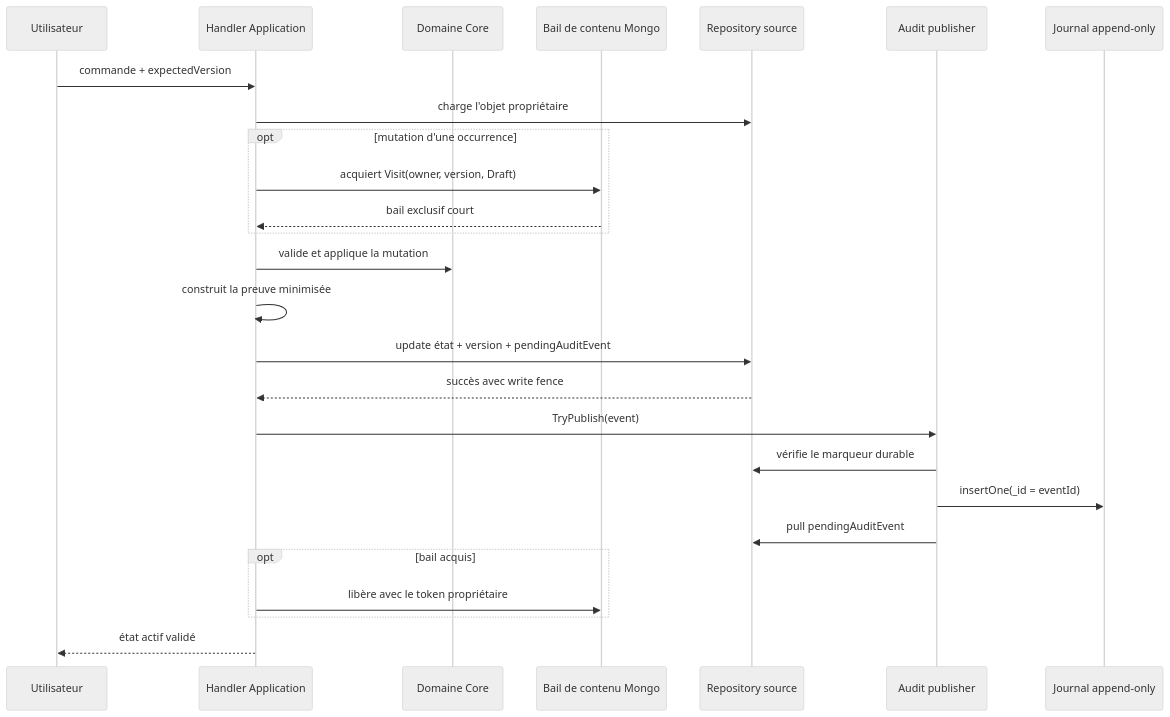
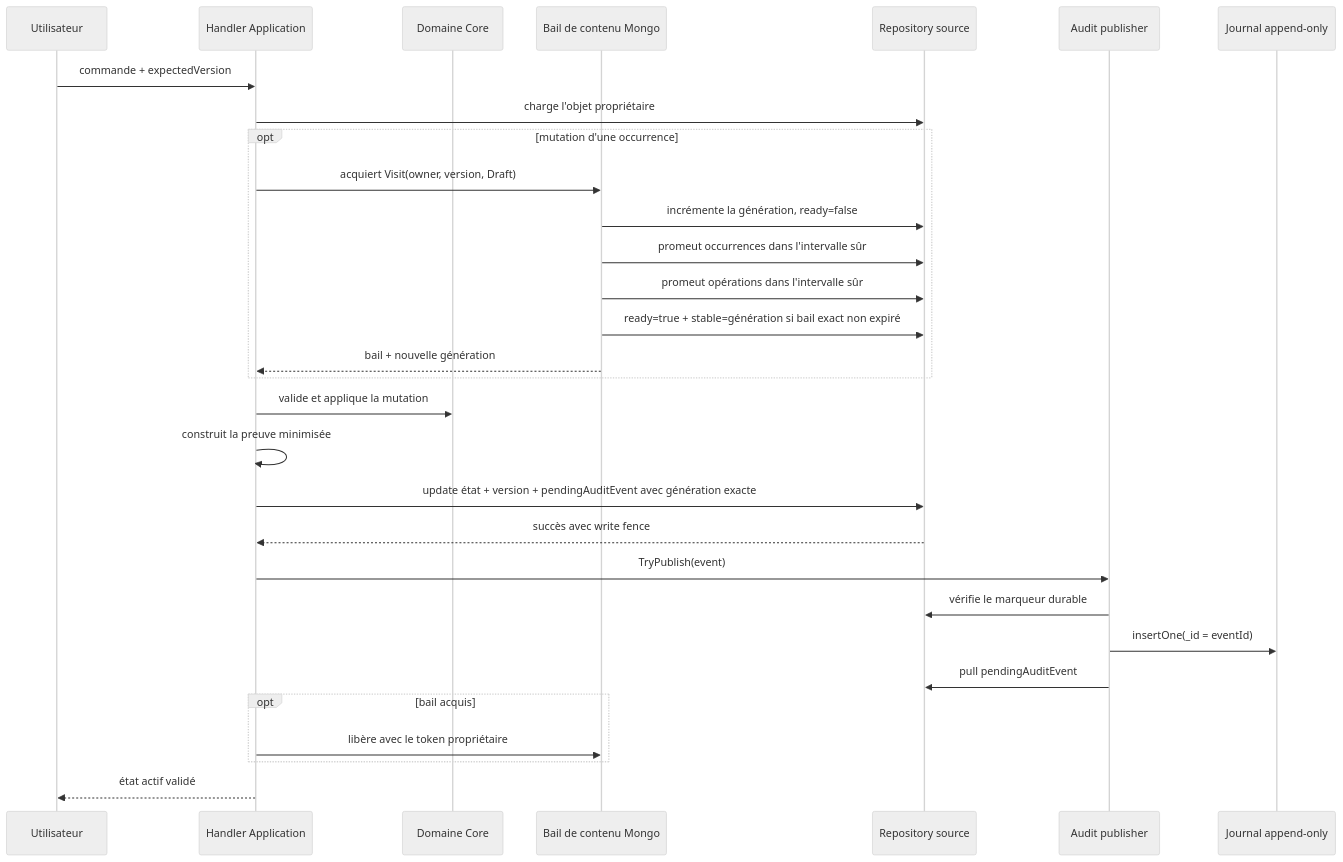
The third of 5 diagrams in docs/architecture/product-growth-pass-11-passport-audit-2026-09-03.md (Ced59/AmusementParkProject), drawn with Mermaid (neutral theme) before and after one commit. The commit also changed other lines of this file and 30 other files, not shown here.

````diff
--- a/docs/architecture/product-growth-pass-11-passport-audit-2026-09-03.md
+++ b/docs/architecture/product-growth-pass-11-passport-audit-2026-09-03.md
@@ -132,29 +143,33 @@
 ```mermaid
 sequenceDiagram
     participant U as Utilisateur
     participant H as Handler Application
     participant C as Domaine Core
     participant L as Bail de contenu Mongo
     participant S as Repository source
     participant A as Audit publisher
     participant J as Journal append-only
 
     U->>H: commande + expectedVersion
     H->>S: charge l'objet propriétaire
     opt mutation d'une occurrence
         H->>L: acquiert Visit(owner, version, Draft)
-        L-->>H: bail exclusif court
+        L->>S: incrémente la génération, ready=false
+        L->>S: promeut occurrences dans l'intervalle sûr
+        L->>S: promeut opérations dans l'intervalle sûr
+        L->>S: ready=true + stable=génération si bail exact non expiré
+        L-->>H: bail + nouvelle génération
     end
     H->>C: valide et applique la mutation
     H->>H: construit la preuve minimisée
-    H->>S: update état + version + pendingAuditEvent
+    H->>S: update état + version + pendingAuditEvent avec génération exacte
     S-->>H: succès avec write fence
     H->>A: TryPublish(event)
     A->>S: vérifie le marqueur durable
     A->>J: insertOne(_id = eventId)
     A->>S: pull pendingAuditEvent
     opt bail acquis
         H->>L: libère avec le token propriétaire
     end
     H-->>U: état actif validé
 ```
````
